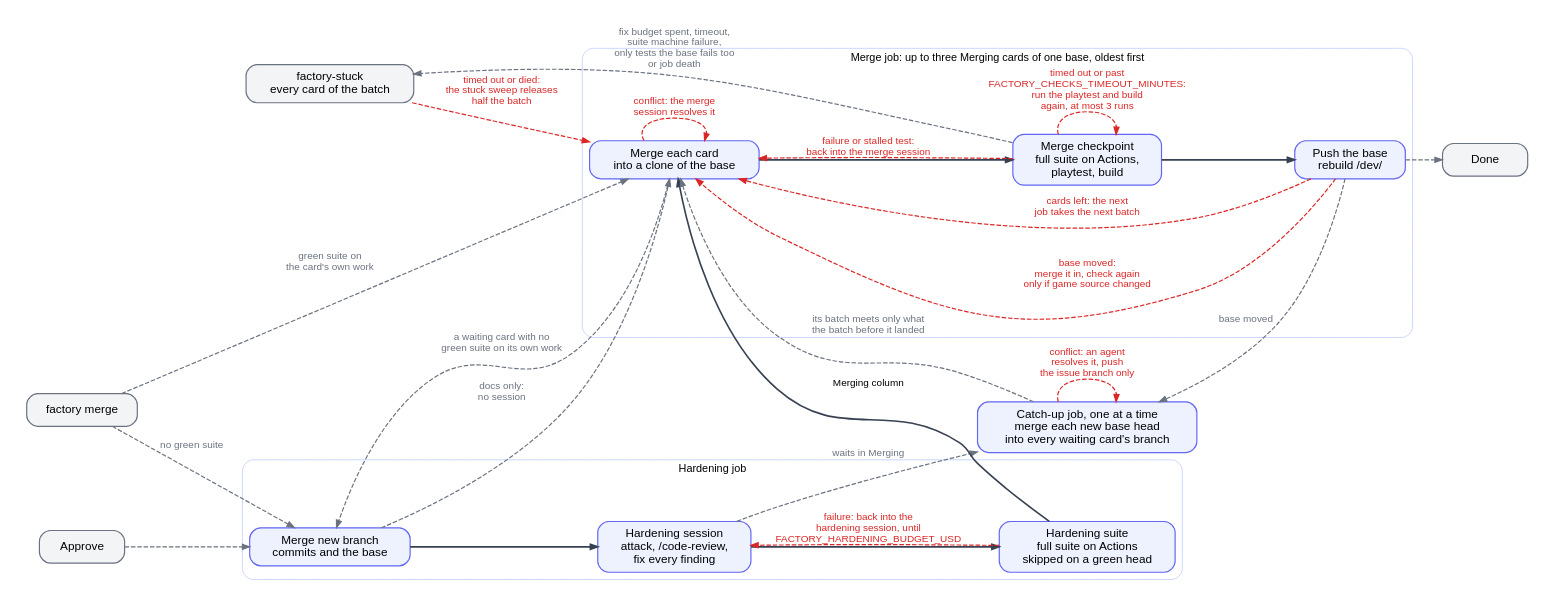
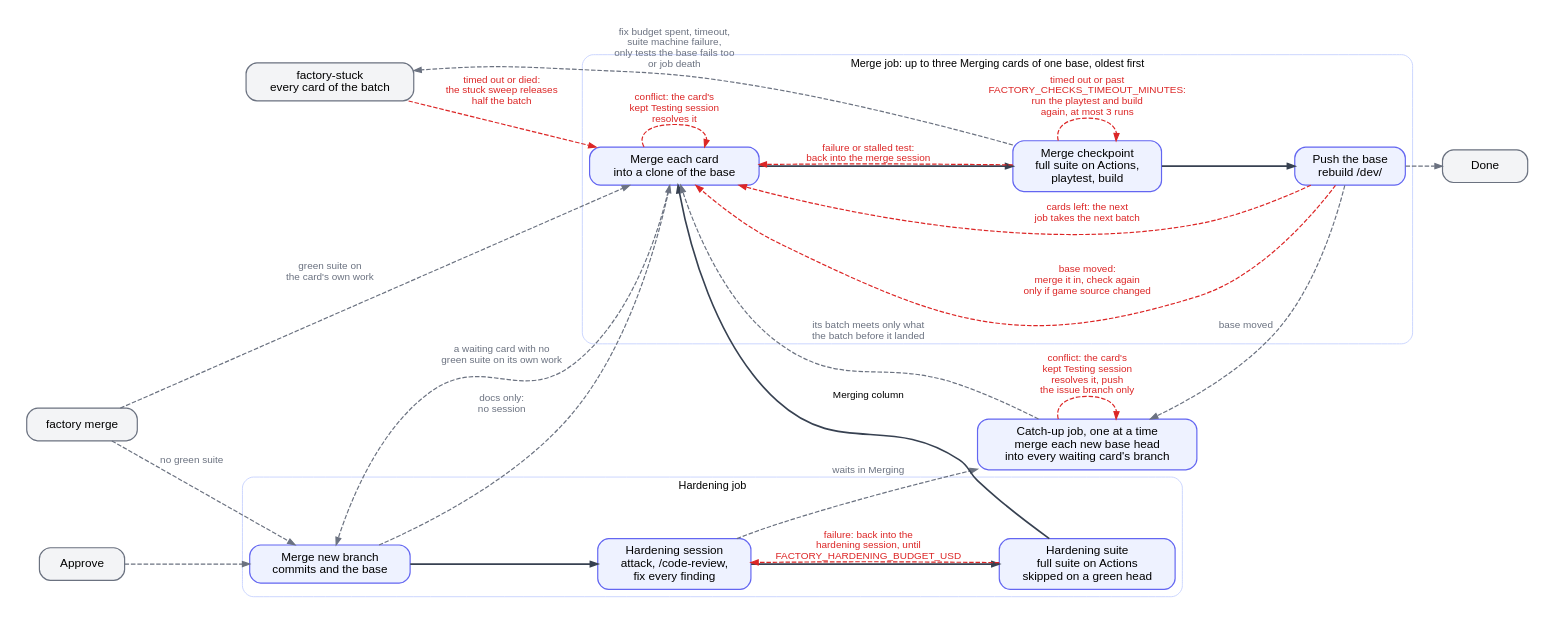
The diagram in factory/docs/diagrams/hardening.dot (ROAM-game-org/road-machiners), drawn with Graphviz before and after one commit. The commit also changed 20 other files, not shown here.

First line of the commit message:
An approved card's merge conflicts go to its own kept Testing session, not a fresh agent

```diff
--- a/factory/docs/diagrams/hardening.dot
+++ b/factory/docs/diagrams/hardening.dot
@@ -1,43 +1,43 @@
 // Hardening and Merging columns. One hardening session reviews and fixes an approved card. The merge queue checks up to three waiting cards of a base merged together before the base takes them, and the next job takes the rest. Each time a base moves, a catch-up job merges it into the branches of the waiting cards.
 // Red: loops back. Grey: leaves the column or enters from outside.
 digraph hardening {
   rankdir=LR; nodesep=0.35; ranksep=0.55; bgcolor=white; pad=0.3;
   node [shape=box, style="rounded,filled", fillcolor="#eef2ff", color="#6366f1", fontname="Helvetica", fontsize=13, margin="0.2,0.1", penwidth=1.3, width=1.3];
   edge [color="#374151", penwidth=1.8, arrowsize=0.8, fontname="Helvetica", fontsize=11];
   subgraph cluster_harden {
     label="Hardening job"; fontname="Helvetica"; fontsize=12; color="#c7d2fe"; style=rounded;
     HM [label="Merge new branch\ncommits and the base"]; HH [label="Hardening session\nattack, /code-review,\nfix every finding"]; HS [label="Hardening suite\nfull suite on Actions\nskipped on a green head"];
     HM -> HH -> HS [weight=100];
   }
   subgraph cluster_merge {
     label="Merge job: up to three Merging cards of one base, oldest first"; fontname="Helvetica"; fontsize=12; color="#c7d2fe"; style=rounded;
     MM [label="Merge each card\ninto a clone of the base"]; MC [label="Merge checkpoint\nfull suite on Actions,\nplaytest, build"]; MP [label="Push the base\nrebuild /dev/"];
     MM -> MC -> MP [weight=100];
   }
   HS -> MM [label="Merging column"];
   CU [label="Catch-up job, one at a time\nmerge each new base head\ninto every waiting card's branch"];
   XA [label="Approve", fillcolor="#f3f4f6", color="#6b7280"];
   XO [label="factory merge", fillcolor="#f3f4f6", color="#6b7280"];
   XS [label="factory-stuck\nevery card of the batch", fillcolor="#f3f4f6", color="#6b7280"];
   XN [label="Done", fillcolor="#f3f4f6", color="#6b7280"];
   edge [color="#dc2626", fontcolor="#dc2626", style=dashed, penwidth=1.3];
-  MM -> MM [label="conflict: the merge\nsession resolves it"];
+  MM -> MM [label="conflict: the card's\nkept Testing session\nresolves it"];
   HS -> HH [label="failure: back into the\nhardening session, until\nFACTORY_HARDENING_BUDGET_USD"];
   MC -> MM [label="failure or stalled test:\nback into the merge session"];
   MC -> MC [label="timed out or past\nFACTORY_CHECKS_TIMEOUT_MINUTES:\nrun the playtest and build\nagain, at most 3 runs"];
   MP -> MM [label="base moved:\nmerge it in, check again\nonly if game source changed"];
   XS -> MM [label="timed out or died:\nthe stuck sweep releases\nhalf the batch"];
   MP -> MM [label="cards left: the next\njob takes the next batch"];
-  CU -> CU [label="conflict: an agent\nresolves it, push\nthe issue branch only"];
+  CU -> CU [label="conflict: the card's\nkept Testing session\nresolves it, push\nthe issue branch only"];
   edge [color="#6b7280", fontcolor="#6b7280"];
   XA -> HM;
   HM -> MM [label="docs only:\nno session"];
   XO -> MM [label="green suite on\nthe card's own work"];
   XO -> HM [label="no green suite"];
   MM -> HM [label="a waiting card with no\ngreen suite on its own work"];
   MC -> XS [label="fix budget spent, timeout,\nsuite machine failure,\nonly tests the base fails too\nor job death"];
   MP -> XN;
   HH -> CU [label="waits in Merging"];
   MP -> CU [label="base moved"];
   CU -> MM [label="its batch meets only what\nthe batch before it landed"];
 }
```
